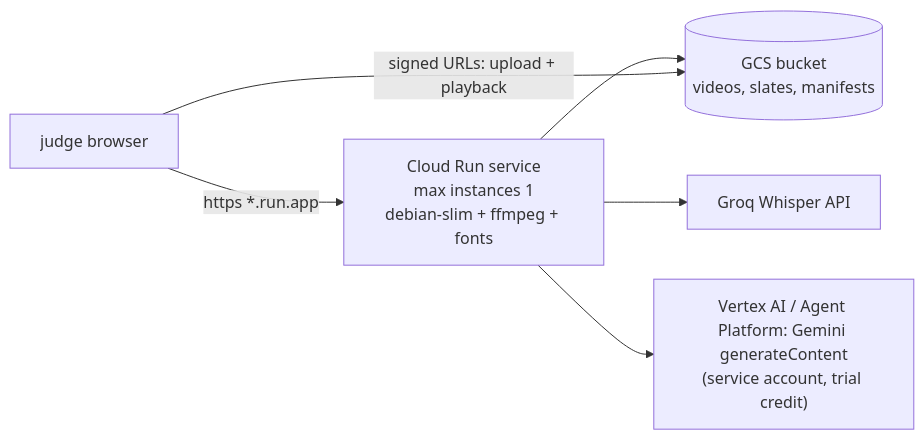
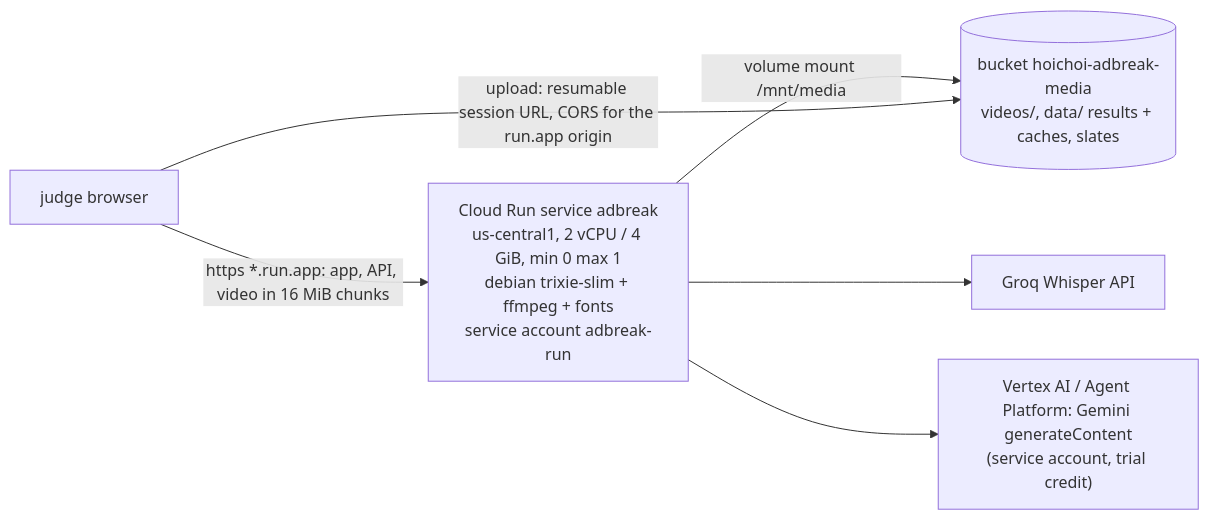
Before and after one commit to thisizaro/adbreak: the fifth of 5 diagrams in docs/ARCHITECTURE.md, drawn with Mermaid. The commit also changed other lines of this file and 3 other files, not shown here.

````diff
--- a/docs/ARCHITECTURE.md
+++ b/docs/ARCHITECTURE.md
@@ -146,8 +146,8 @@
 ```mermaid
 flowchart LR
-  U[judge browser] -->|https *.run.app| CR["Cloud Run service<br/>max instances 1<br/>debian-slim + ffmpeg + fonts"]
-  CR --> GCS[(GCS bucket<br/>videos, slates, manifests)]
-  U -->|signed URLs: upload + playback| GCS
+  U[judge browser] -->|https *.run.app: app, API, video in 16 MiB chunks| CR["Cloud Run service adbreak<br/>us-central1, 2 vCPU / 4 GiB, min 0 max 1<br/>debian trixie-slim + ffmpeg + fonts<br/>service account adbreak-run"]
+  CR -->|volume mount /mnt/media| GCS[(bucket hoichoi-adbreak-media<br/>videos/, data/ results + caches, slates)]
+  U -->|upload: resumable session URL, CORS for the run.app origin| GCS
   CR --> GROQ[Groq Whisper API]
   CR --> GEM["Vertex AI / Agent Platform: Gemini generateContent<br/>(service account, trial credit)"]
 ```
````
